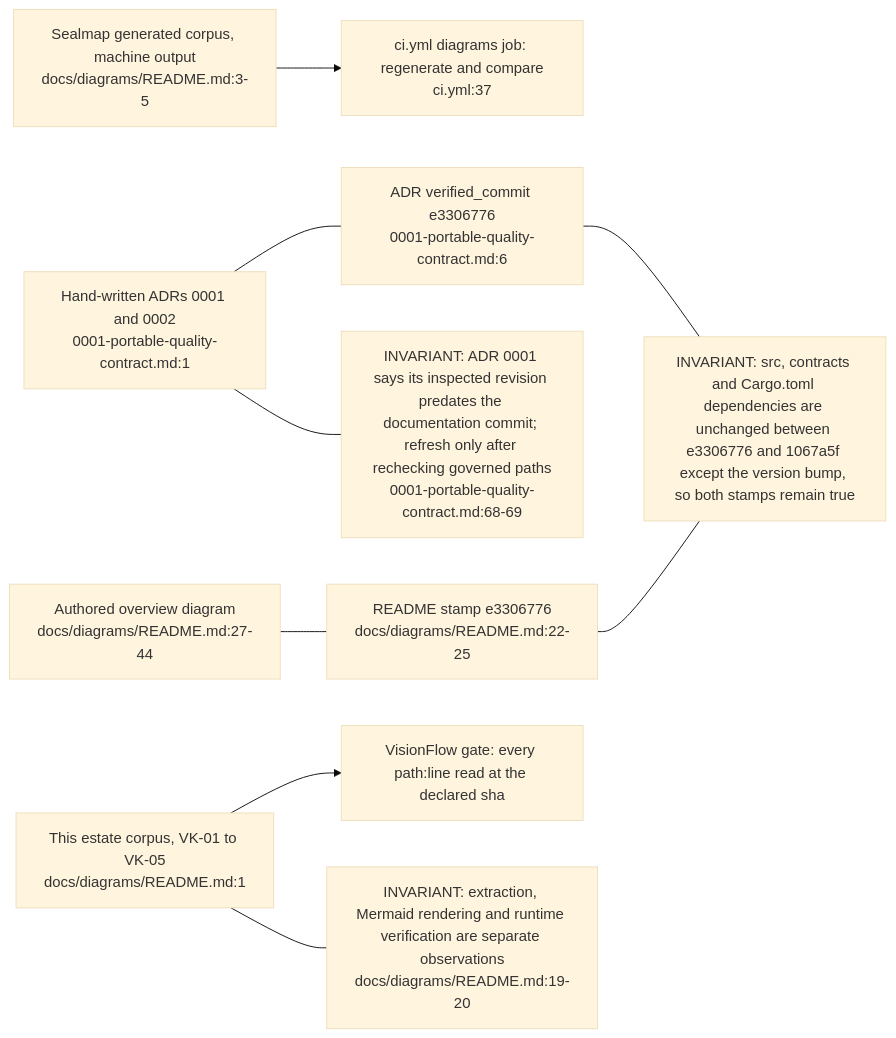
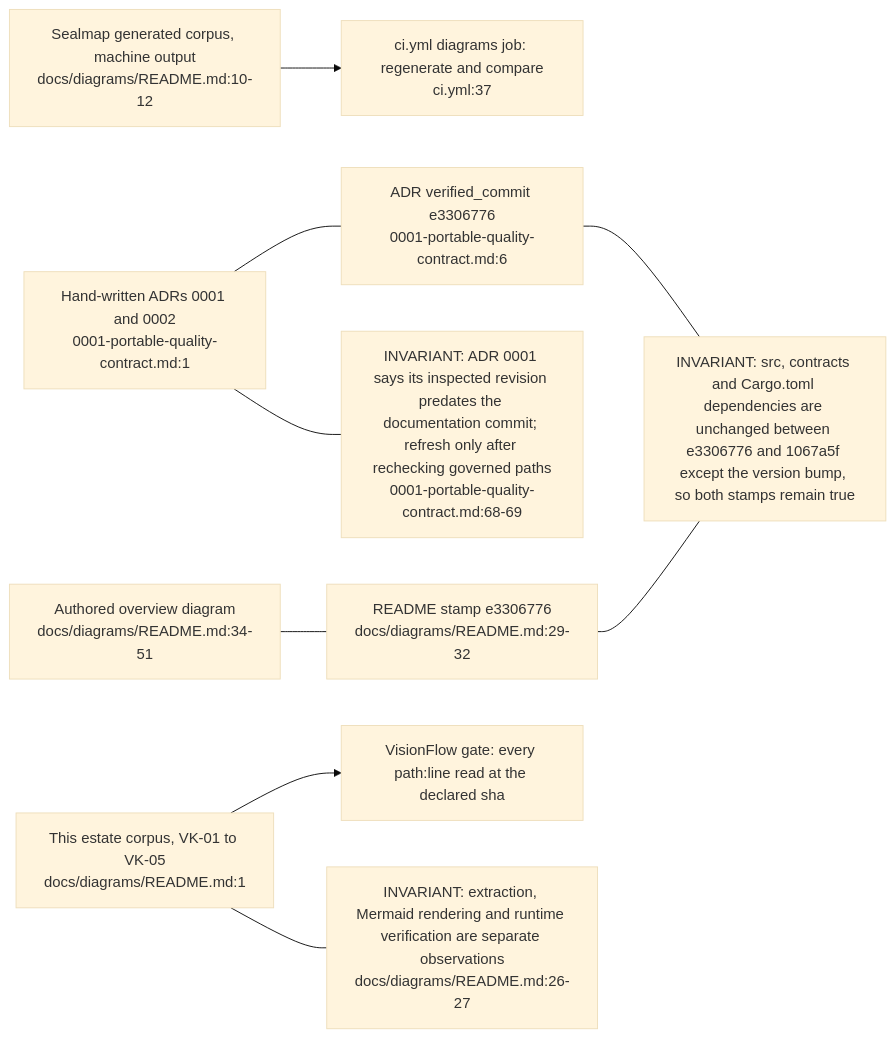
The fourth of 4 diagrams in docs/diagrams/visioncraft/04-ci-release-and-diagram-gates.md (DreamLab-AI/VisionFlow), drawn with Mermaid (base theme) before and after one commit. The commit also changed other lines of this file and 36 other files, not shown here.

First line of the commit message:
docs(diagrams): re-derive and re-stamp agentbox, dream-engine, visioncraft, visiontouch and vowl topics; drop LAN addresses

````diff
--- a/docs/diagrams/visioncraft/04-ci-release-and-diagram-gates.md
+++ b/docs/diagrams/visioncraft/04-ci-release-and-diagram-gates.md
@@ -103,22 +103,22 @@
 ```mermaid
 flowchart LR
     ADR["Hand-written ADRs 0001 and 0002<br/>0001-portable-quality-contract.md:1"]
-    AUTH["Authored overview diagram<br/>docs/diagrams/README.md:27-44"]
-    GEN["Sealmap generated corpus, machine output<br/>docs/diagrams/README.md:3-5"]
+    AUTH["Authored overview diagram<br/>docs/diagrams/README.md:34-51"]
+    GEN["Sealmap generated corpus, machine output<br/>docs/diagrams/README.md:10-12"]
     EST["This estate corpus, VK-01 to VK-05<br/>docs/diagrams/README.md:1"]
     CHK1["ci.yml diagrams job: regenerate and compare<br/>ci.yml:37"]
     CHK2["VisionFlow gate: every path:line read at the declared sha"]
     ST1["ADR verified_commit e3306776<br/>0001-portable-quality-contract.md:6"]
-    ST2["README stamp e3306776<br/>docs/diagrams/README.md:22-25"]
+    ST2["README stamp e3306776<br/>docs/diagrams/README.md:29-32"]
     ADR --- ST1
     AUTH --- ST2
     GEN --> CHK1
     EST --> CHK2
     N1["INVARIANT: src, contracts and Cargo.toml dependencies are unchanged between e3306776 and 1067a5f except the version bump, so both stamps remain true"]
     N2["INVARIANT: ADR 0001 says its inspected revision predates the documentation commit; refresh only after rechecking governed paths<br/>0001-portable-quality-contract.md:68-69"]
-    N3["INVARIANT: extraction, Mermaid rendering and runtime verification are separate observations<br/>docs/diagrams/README.md:19-20"]
+    N3["INVARIANT: extraction, Mermaid rendering and runtime verification are separate observations<br/>docs/diagrams/README.md:26-27"]
     ST1 --- N1
     ST2 --- N1
     ADR --- N2
     EST --- N3
 ```
````
